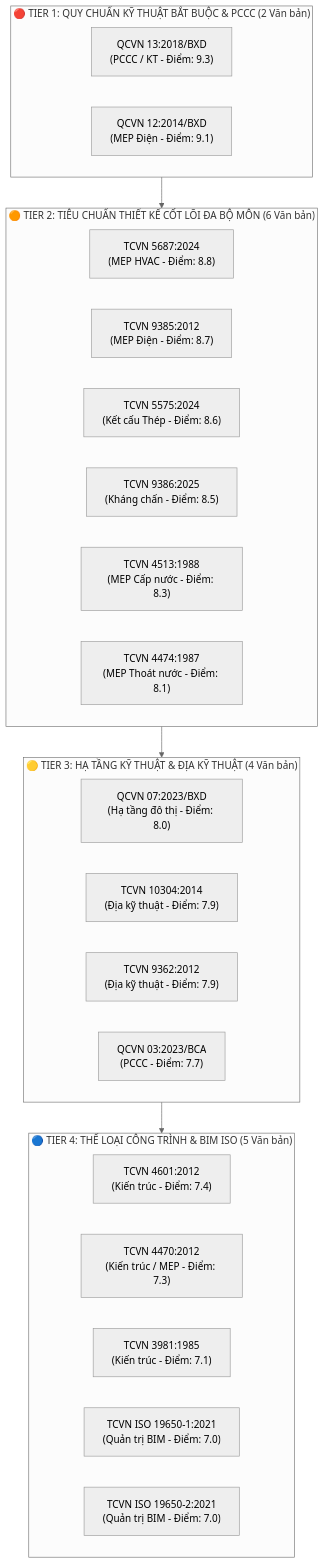
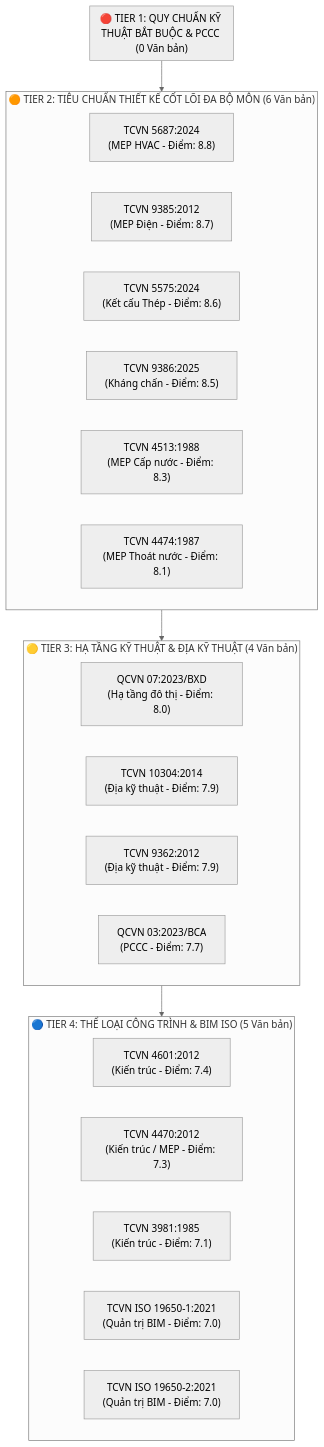
One commit to vvChu/ccba-legal-knowledge changed the diagram in .md/knowledge/expansion_roadmap.md. Above: the diagram before and after it, drawn with Mermaid (neutral theme). The commit also changed other lines of this file and 116 other files, not shown here.

First line of the commit message:
feat(qcvn): ingest and harden QCVN 12:2014/BXD and QCVN 13:2018/BXD OKF bundles (#3)

````diff
--- a/.md/knowledge/expansion_roadmap.md
+++ b/.md/knowledge/expansion_roadmap.md
@@ -23,35 +23,33 @@
 ```mermaid
 graph TD
-    subgraph T1["🔴 TIER 1: QUY CHUẨN KỸ THUẬT BẮT BUỘC & PCCC (2 Văn bản)"]
-        T1_1["QCVN 13:2018/BXD<br/>(PCCC / KT - Điểm: 9.3)"]
-        T1_2["QCVN 12:2014/BXD<br/>(MEP Điện - Điểm: 9.1)"]
+    subgraph T1["🔴 TIER 1: QUY CHUẨN KỸ THUẬT BẮT BUỘC & PCCC (0 Văn bản)"]
     end
 
     subgraph T2["🟠 TIER 2: TIÊU CHUẨN THIẾT KẾ CỐT LÕI ĐA BỘ MÔN (6 Văn bản)"]
         T2_1["TCVN 5687:2024<br/>(MEP HVAC - Điểm: 8.8)"]
         T2_2["TCVN 9385:2012<br/>(MEP Điện - Điểm: 8.7)"]
         T2_3["TCVN 5575:2024<br/>(Kết cấu Thép - Điểm: 8.6)"]
         T2_4["TCVN 9386:2025<br/>(Kháng chấn - Điểm: 8.5)"]
         T2_5["TCVN 4513:1988<br/>(MEP Cấp nước - Điểm: 8.3)"]
         T2_6["TCVN 4474:1987<br/>(MEP Thoát nước - Điểm: 8.1)"]
     end
 
     subgraph T3["🟡 TIER 3: HẠ TẦNG KỸ THUẬT & ĐỊA KỸ THUẬT (4 Văn bản)"]
         T3_1["QCVN 07:2023/BXD<br/>(Hạ tầng đô thị - Điểm: 8.0)"]
         T3_2["TCVN 10304:2014<br/>(Địa kỹ thuật - Điểm: 7.9)"]
         T3_3["TCVN 9362:2012<br/>(Địa kỹ thuật - Điểm: 7.9)"]
         T3_4["QCVN 03:2023/BCA<br/>(PCCC - Điểm: 7.7)"]
     end
 
     subgraph T4["🔵 TIER 4: THỂ LOẠI CÔNG TRÌNH & BIM ISO (5 Văn bản)"]
         T4_1["TCVN 4601:2012<br/>(Kiến trúc - Điểm: 7.4)"]
         T4_2["TCVN 4470:2012<br/>(Kiến trúc / MEP - Điểm: 7.3)"]
         T4_3["TCVN 3981:1985<br/>(Kiến trúc - Điểm: 7.1)"]
         T4_4["TCVN ISO 19650-1:2021<br/>(Quản trị BIM - Điểm: 7.0)"]
         T4_5["TCVN ISO 19650-2:2021<br/>(Quản trị BIM - Điểm: 7.0)"]
     end
 
     T1 --> T2
     T2 --> T3
     T3 --> T4
 ```
````
